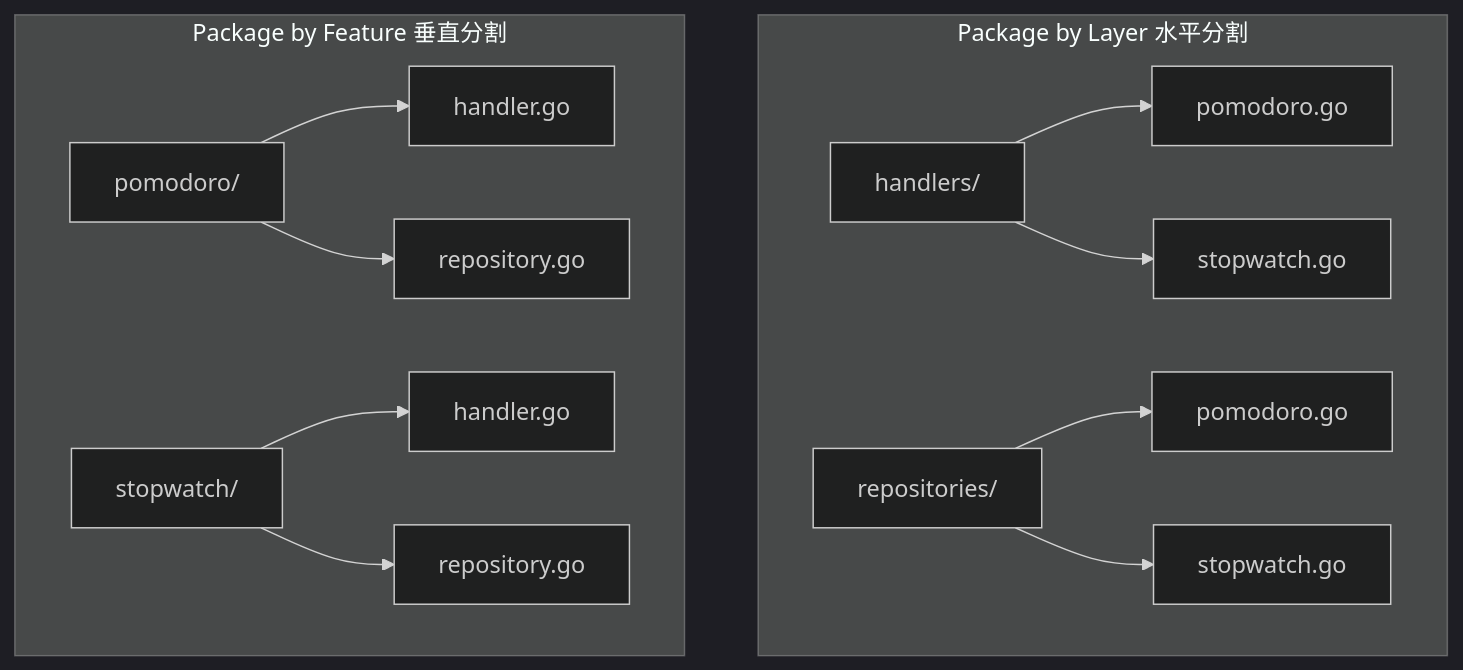
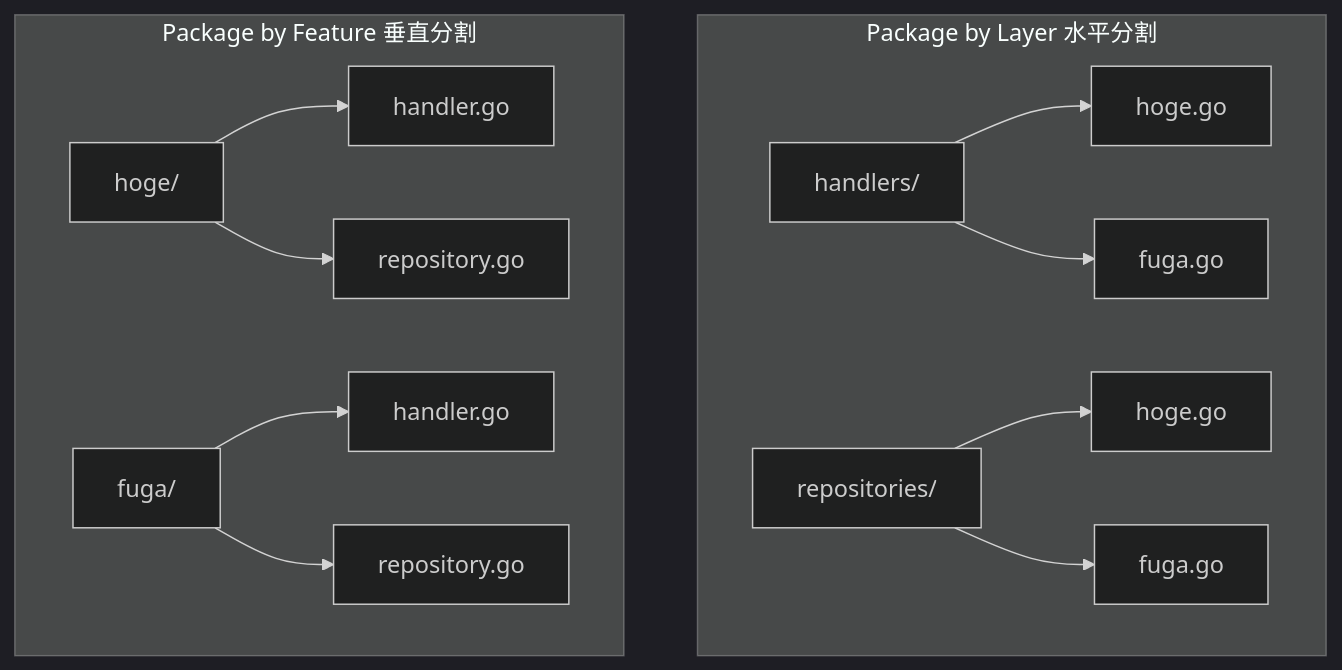
One commit to TK1730/project_setup changed the diagram in docs/knowledge/package-by-feature.md. Above: the diagram before and after it, drawn with Mermaid (dark theme). The commit also changed other lines of this file and 22 other files, not shown here.

````diff
--- a/docs/knowledge/package-by-feature.md
+++ b/docs/knowledge/package-by-feature.md
@@ -19,16 +19,16 @@
 ```mermaid
 graph TD
     subgraph Package by Layer 水平分割
-        H[handlers/] --> H1[pomodoro.go]
-        H --> H2[stopwatch.go]
-        R[repositories/] --> R1[pomodoro.go]
-        R --> R2[stopwatch.go]
+        H[handlers/] --> H1[hoge.go]
+        H --> H2[fuga.go]
+        R[repositories/] --> R1[hoge.go]
+        R --> R2[fuga.go]
     end
 
     subgraph Package by Feature 垂直分割
-        P[pomodoro/] --> P1[handler.go]
+        P[hoge/] --> P1[handler.go]
         P --> P2[repository.go]
-        S[stopwatch/] --> S1[handler.go]
+        S[fuga/] --> S1[handler.go]
         S --> S2[repository.go]
     end
 ```
````
